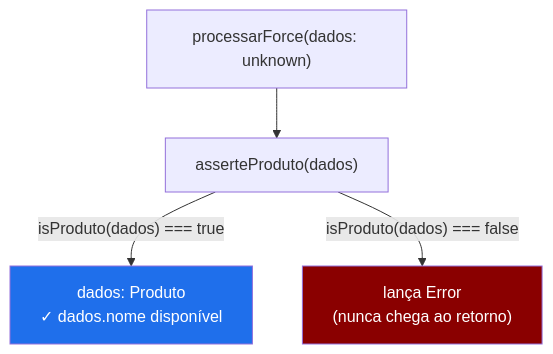
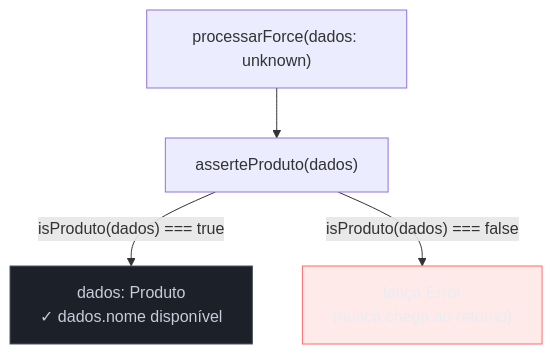
Before and after one commit to josenaldo/codex-technomanticus: the fourth of 5 diagrams in 03-Dominios/Tecnologia/TypeScript/09 - Type narrowing e type guards.md, drawn with Mermaid. The commit also changed other lines of this file and 1181 other files, not shown here.

First line of the commit message:
fix(diagramas): paleta do sistema no lugar de cor cravada no markdown

````diff
--- a/03-Dominios/Tecnologia/TypeScript/09 - Type narrowing e type guards.md
+++ b/03-Dominios/Tecnologia/TypeScript/09 - Type narrowing e type guards.md
@@ -433,14 +441,16 @@
 ```mermaid
 flowchart TD
+    classDef neutro fill:#1B2029,stroke:#4E5666,color:#C6CCD8
+    classDef falha fill:#FF6B6B24,stroke:#FF6B6B,color:#E9ECF2
     P["processarForce(dados: unknown)"]
     A["asserteProduto(dados)"]
     T["dados: Produto\n✓ dados.nome disponível"]
     E["lança Error\n(nunca chega ao retorno)"]
 
     P --> A
     A -->|"isProduto(dados) === true"| T
     A -->|"isProduto(dados) === false"| E
 
-    style T fill:#1f6feb,color:#fff
-    style E fill:#8a0000,color:#fff
+    class T neutro
+    class E falha
 ```
````
